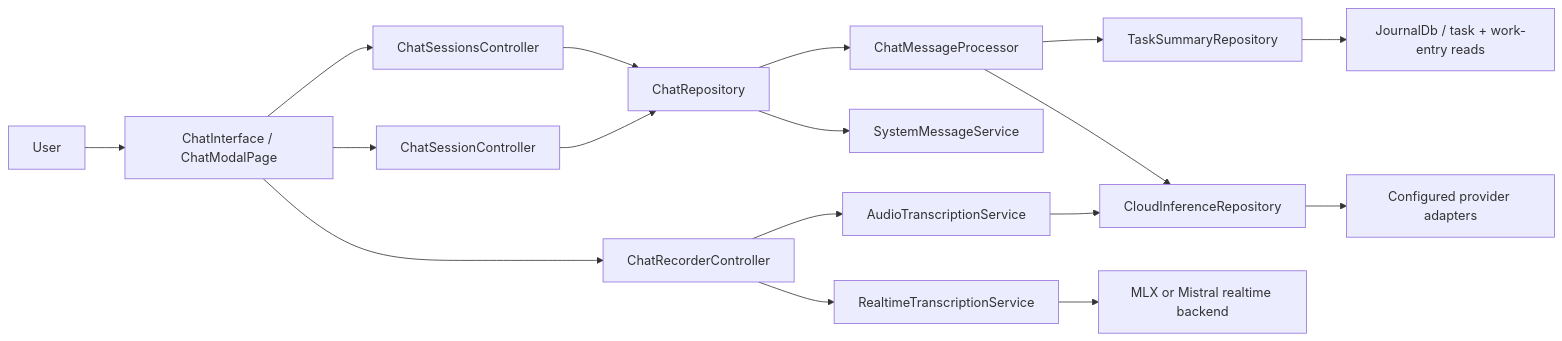
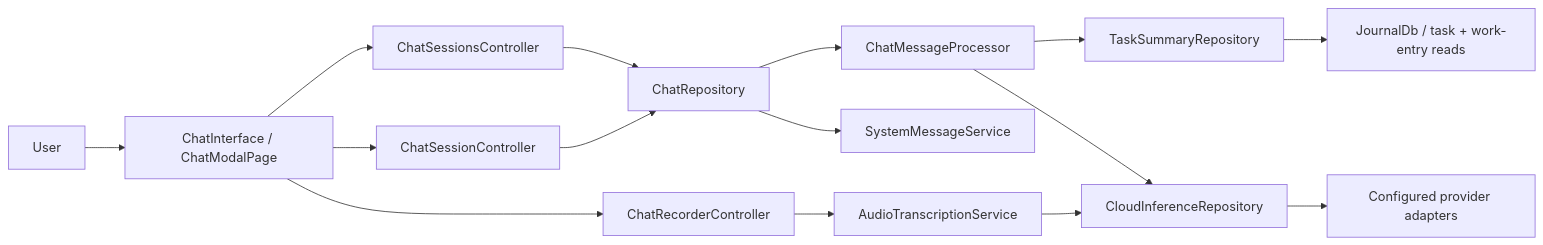
The first of 5 diagrams in lib/features/ai_chat/README.md (matthiasn/lotti), drawn with Mermaid before and after one commit. The commit also changed other lines of this file and 202 other files, not shown here.

Commit message:
feat: batch-first day audio capture with durable processing and Activity timeline (#3533)

````diff
--- a/lib/features/ai_chat/README.md
+++ b/lib/features/ai_chat/README.md
@@ -89,22 +85,20 @@
 ```mermaid
 flowchart LR
   User["User"] --> UI["ChatInterface / ChatModalPage"]
   UI --> Sessions["ChatSessionsController"]
   UI --> Session["ChatSessionController"]
   UI --> Recorder["ChatRecorderController"]
 
   Sessions --> Repo["ChatRepository"]
   Session --> Repo
   Recorder --> BatchTx["AudioTranscriptionService"]
-  Recorder --> RtTx["RealtimeTranscriptionService"]
 
   Repo --> Processor["ChatMessageProcessor"]
   Repo --> System["SystemMessageService"]
   Processor --> ToolRepo["TaskSummaryRepository"]
   Processor --> Cloud["CloudInferenceRepository"]
   BatchTx --> Cloud
-  RtTx --> RtProvider["MLX or Mistral realtime backend"]
 
   ToolRepo --> Journal["JournalDb / task + work-entry reads"]
   Cloud --> Providers["Configured provider adapters"]
 ```
````
